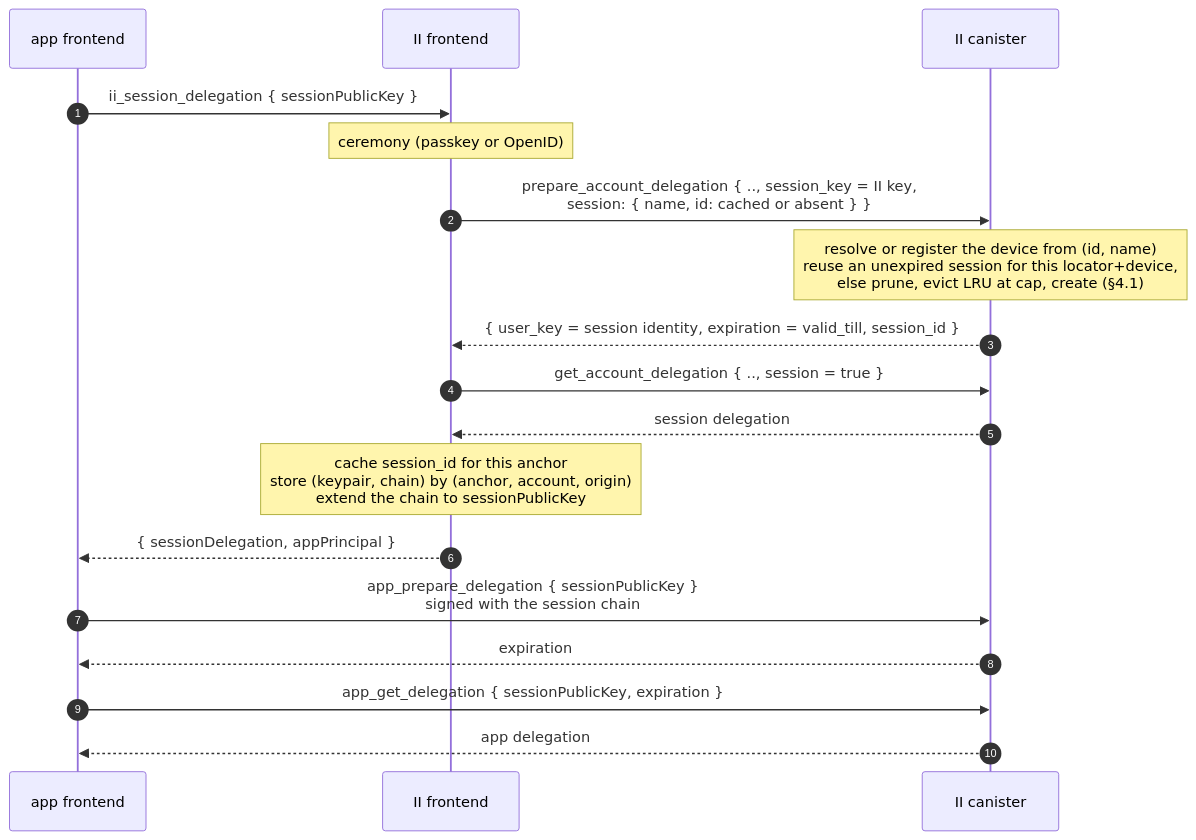
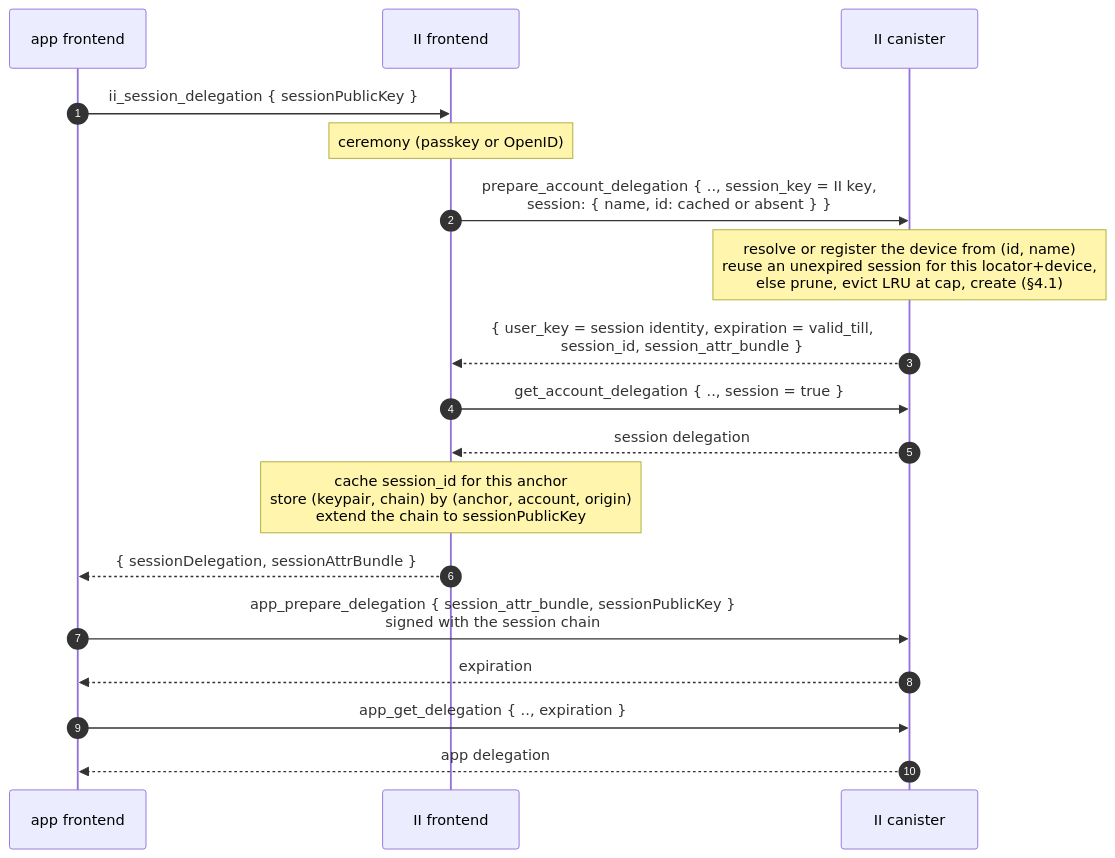
Before and after one commit to dfinity/internet-identity: the third of 7 diagrams in docs/ongoing/revocable-app-sessions.md, drawn with Mermaid. The commit also changed other lines of this file, not shown here.

````diff
--- a/docs/ongoing/revocable-app-sessions.md
+++ b/docs/ongoing/revocable-app-sessions.md
@@ -273,20 +277,20 @@
 ```mermaid
 sequenceDiagram
     autonumber
     participant App as app frontend
     participant IIF as II frontend
     participant IIC as II canister
     App->>IIF: ii_session_delegation { sessionPublicKey }
     Note over IIF: ceremony (passkey or OpenID)
     IIF->>IIC: prepare_account_delegation { .., session_key = II key,<br/>session: { name, id: cached or absent } }
     Note over IIC: resolve or register the device from (id, name)<br/>reuse an unexpired session for this locator+device,<br/>else prune, evict LRU at cap, create (§4.1)
-    IIC-->>IIF: { user_key = session identity, expiration = valid_till, session_id }
+    IIC-->>IIF: { user_key = session identity, expiration = valid_till,<br/>session_id, session_attr_bundle }
     IIF->>IIC: get_account_delegation { .., session = true }
     IIC-->>IIF: session delegation
     Note over IIF: cache session_id for this anchor<br/>store (keypair, chain) by (anchor, account, origin)<br/>extend the chain to sessionPublicKey
-    IIF-->>App: { sessionDelegation, appPrincipal }
-    App->>IIC: app_prepare_delegation { sessionPublicKey }<br/>signed with the session chain
+    IIF-->>App: { sessionDelegation, sessionAttrBundle }
+    App->>IIC: app_prepare_delegation { session_attr_bundle, sessionPublicKey }<br/>signed with the session chain
     IIC-->>App: expiration
-    App->>IIC: app_get_delegation { sessionPublicKey, expiration }
+    App->>IIC: app_get_delegation { .., expiration }
     IIC-->>App: app delegation
 ```
````
